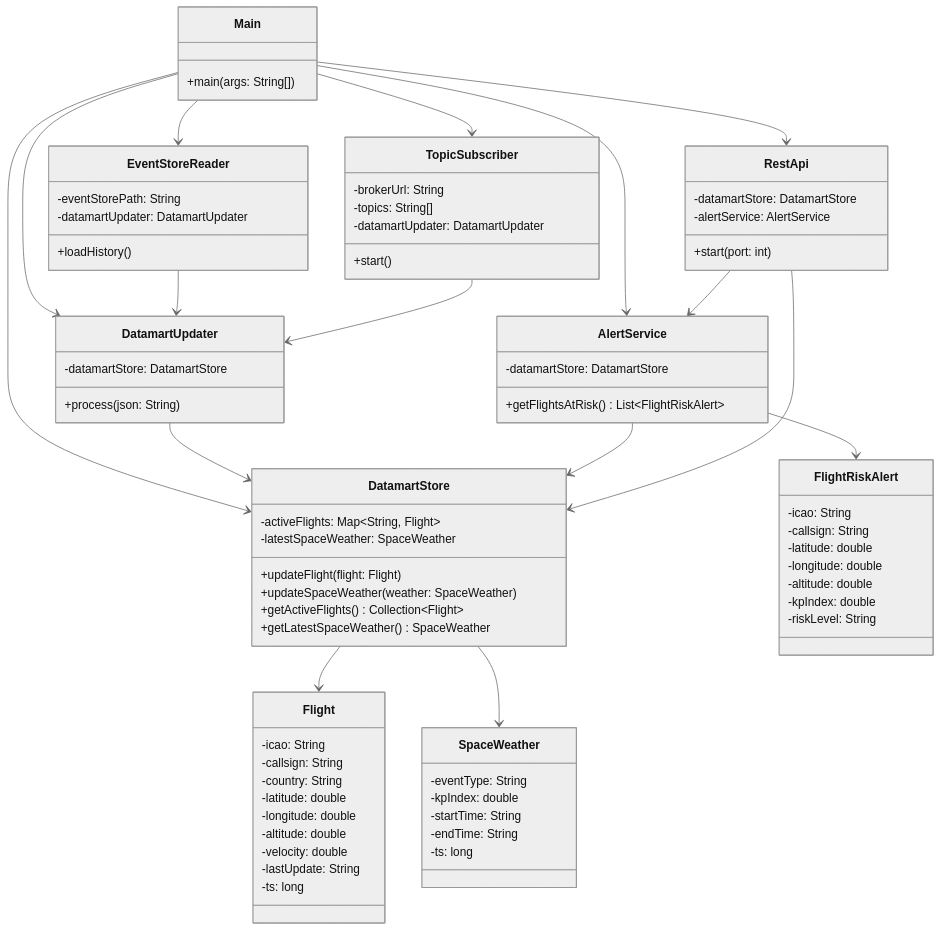
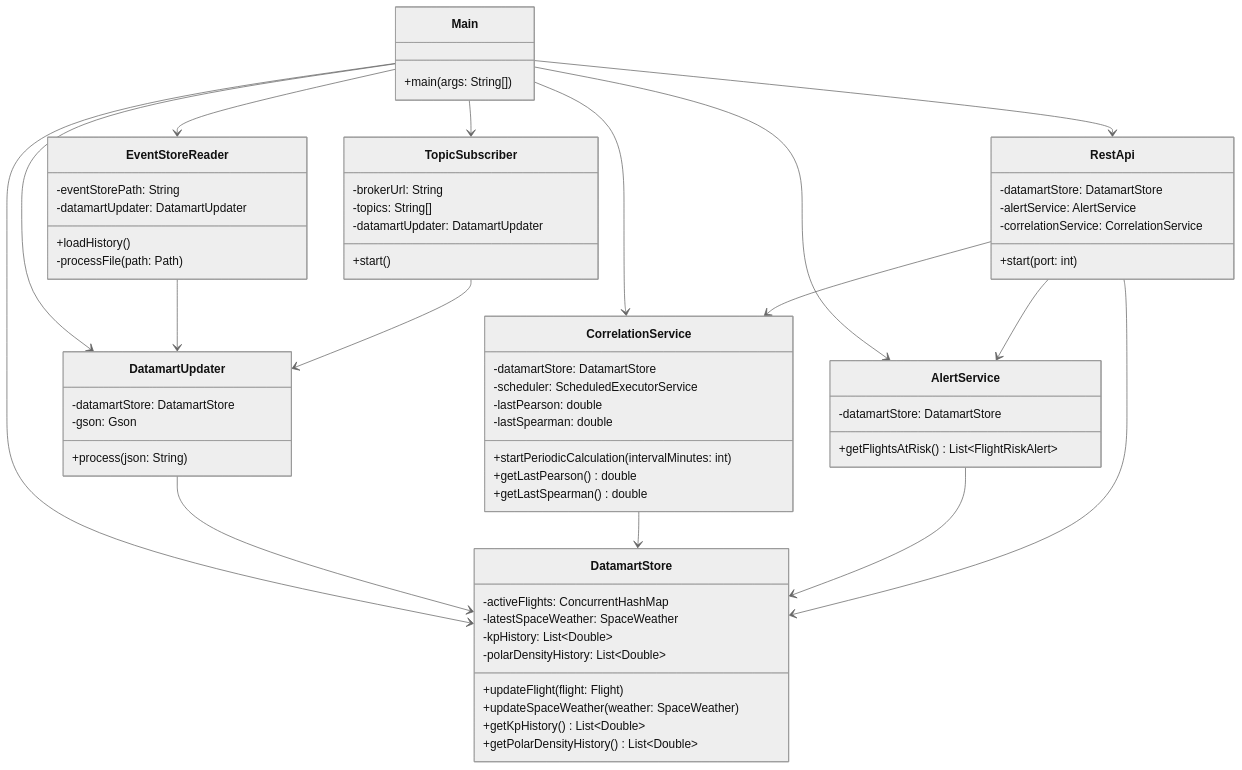
The fifth of 5 diagrams in README.md (dacd-projects/skywatch), drawn with Mermaid (neutral theme) before and after one commit. The commit also changed other lines of this file, not shown here.

Commit message:
README with architecture diagrams, API examples and design principles

````diff
--- a/README.md
+++ b/README.md
@@ -195,81 +217,68 @@
 ```mermaid
 classDiagram
     class Main {
         +main(args: String[])
     }
     class EventStoreReader {
         -eventStorePath: String
         -datamartUpdater: DatamartUpdater
         +loadHistory()
+        -processFile(path: Path)
     }
     class TopicSubscriber {
         -brokerUrl: String
         -topics: String[]
         -datamartUpdater: DatamartUpdater
         +start()
     }
     class DatamartUpdater {
         -datamartStore: DatamartStore
+        -gson: Gson
         +process(json: String)
     }
     class DatamartStore {
-        -activeFlights: Map~String, Flight~
+        -activeFlights: ConcurrentHashMap
         -latestSpaceWeather: SpaceWeather
+        -kpHistory: List~Double~
+        -polarDensityHistory: List~Double~
         +updateFlight(flight: Flight)
         +updateSpaceWeather(weather: SpaceWeather)
-        +getActiveFlights() Collection~Flight~
-        +getLatestSpaceWeather() SpaceWeather
+        +getKpHistory() List~Double~
+        +getPolarDensityHistory() List~Double~
+    }
+    class CorrelationService {
+        -datamartStore: DatamartStore
+        -scheduler: ScheduledExecutorService
+        -lastPearson: double
+        -lastSpearman: double
+        +startPeriodicCalculation(intervalMinutes: int)
+        +getLastPearson() double
+        +getLastSpearman() double
     }
     class AlertService {
         -datamartStore: DatamartStore
         +getFlightsAtRisk() List~FlightRiskAlert~
     }
     class RestApi {
         -datamartStore: DatamartStore
         -alertService: AlertService
+        -correlationService: CorrelationService
         +start(port: int)
     }
-    class Flight {
-        -icao: String
-        -callsign: String
-        -country: String
-        -latitude: double
-        -longitude: double
-        -altitude: double
-        -velocity: double
-        -lastUpdate: String
-        -ts: long
-    }
-    class SpaceWeather {
-        -eventType: String
-        -kpIndex: double
-        -startTime: String
-        -endTime: String
-        -ts: long
-    }
-    class FlightRiskAlert {
-        -icao: String
-        -callsign: String
-        -latitude: double
-        -longitude: double
-        -altitude: double
-        -kpIndex: double
-        -riskLevel: String
-    }
-
+ 
     Main --> EventStoreReader
     Main --> TopicSubscriber
     Main --> DatamartStore
     Main --> DatamartUpdater
+    Main --> CorrelationService
     Main --> AlertService
     Main --> RestApi
     EventStoreReader --> DatamartUpdater
     TopicSubscriber --> DatamartUpdater
     DatamartUpdater --> DatamartStore
+    CorrelationService --> DatamartStore
     AlertService --> DatamartStore
     RestApi --> DatamartStore
     RestApi --> AlertService
-    DatamartStore --> Flight
-    DatamartStore --> SpaceWeather
-    AlertService --> FlightRiskAlert
+    RestApi --> CorrelationService
 ```
````
